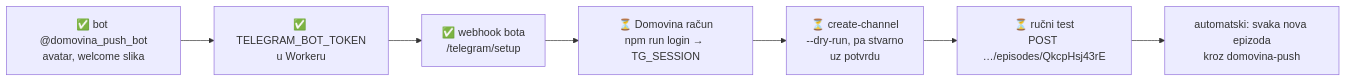
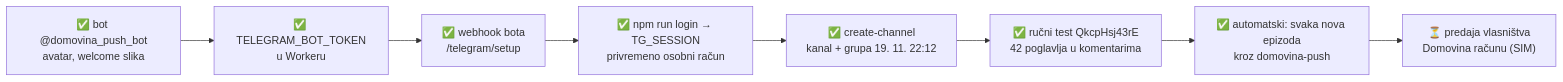
Before and after one commit to domovinatv/telegram.domovina.ai: the third of 4 diagrams in docs/2026-11-19-poglavlja-u-komentarima-i-prvi-kanal.md, drawn with Mermaid. The commit also changed other lines of this file and 10 other files, not shown here.

````diff
--- a/docs/2026-11-19-poglavlja-u-komentarima-i-prvi-kanal.md
+++ b/docs/2026-11-19-poglavlja-u-komentarima-i-prvi-kanal.md
@@ -103,9 +107,10 @@
 ```mermaid
 flowchart LR
   A["✅ bot @domovina_push_bot<br/>avatar, welcome slika"] --> B["✅ TELEGRAM_BOT_TOKEN<br/>u Workeru"]
   B --> C["✅ webhook bota<br/>/telegram/setup"]
-  C --> D["⏳ Domovina račun<br/>npm run login → TG_SESSION"]
-  D --> E["⏳ create-channel<br/>--dry-run, pa stvarno<br/>uz potvrdu"]
-  E --> F["⏳ ručni test<br/>POST …/episodes/QkcpHsj43rE"]
-  F --> G["automatski: svaka nova epizoda<br/>kroz domovina-push"]
+  C --> D["✅ npm run login → TG_SESSION<br/>privremeno osobni račun"]
+  D --> E["✅ create-channel<br/>kanal + grupa 19. 11. 22:12"]
+  E --> F["✅ ručni test QkcpHsj43rE<br/>42 poglavlja u komentarima"]
+  F --> G["✅ automatski: svaka nova epizoda<br/>kroz domovina-push"]
+  G --> H["⏳ predaja vlasništva<br/>Domovina računu (SIM)"]
 ```
````
